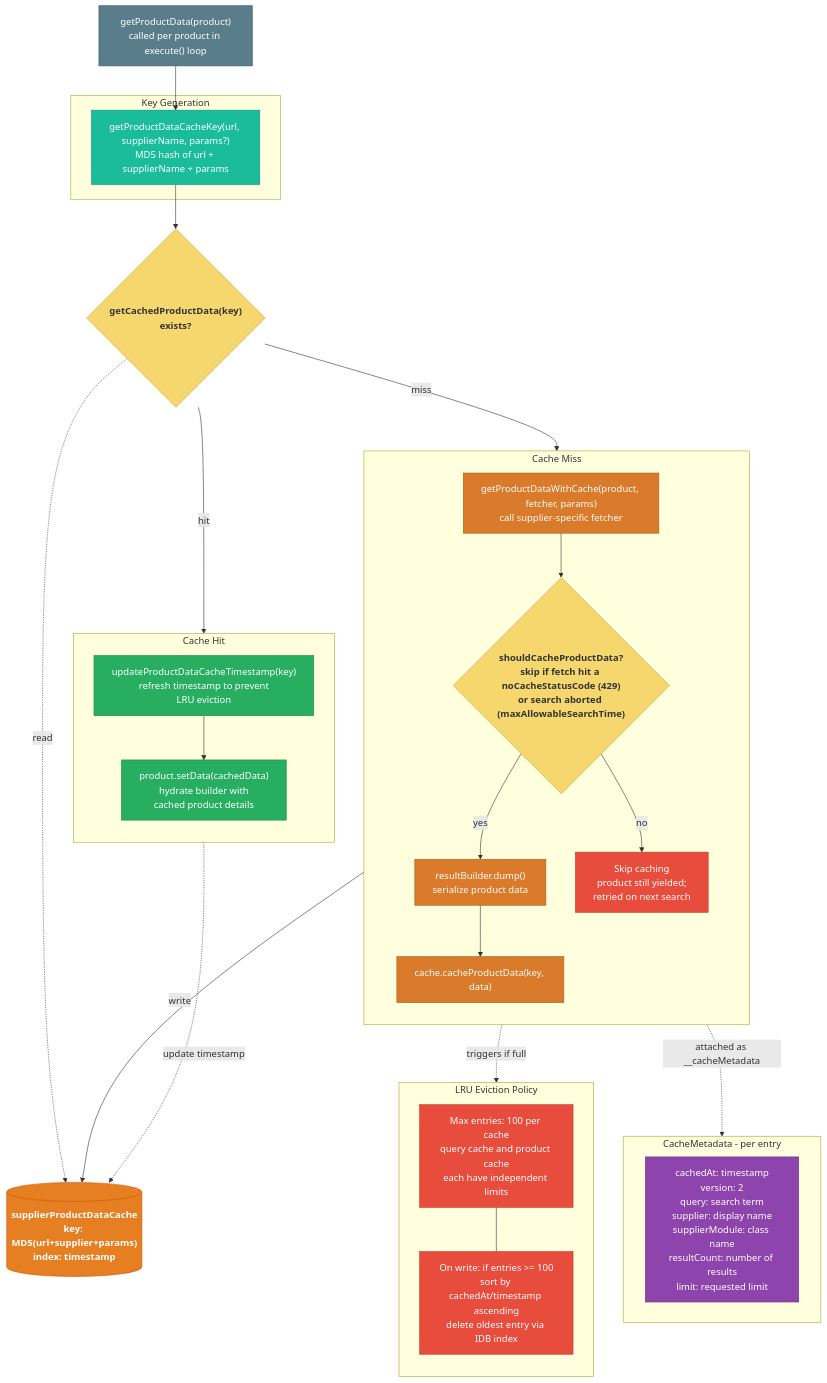
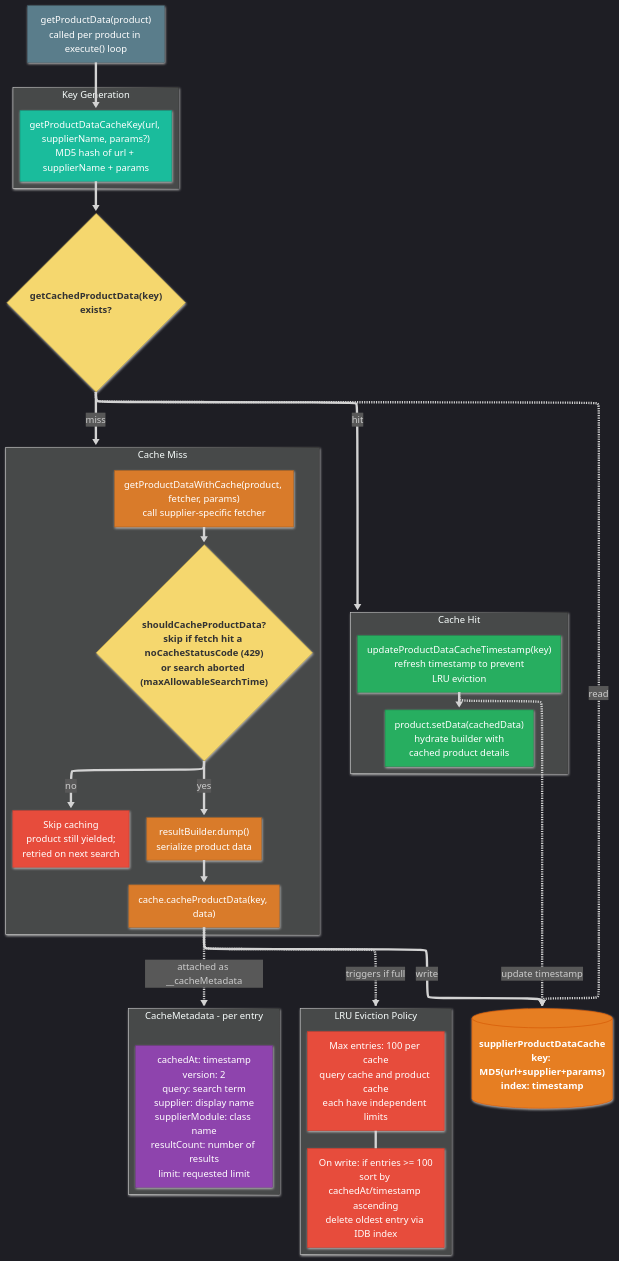
One commit to jhyland87/chem-pal changed the third of 4 diagrams in pages/diagrams/search-cache-flow.md. Above: the diagram before and after it, drawn with Mermaid. The commit also changed other lines of this file and 3 other files, not shown here.

````diff
--- a/pages/diagrams/search-cache-flow.md
+++ b/pages/diagrams/search-cache-flow.md
@@ -132,5 +152,19 @@
 ```mermaid
+---
+config:
+  layout: elk
+  htmlLabels: true
+  markdownAutoWrap: true
+  look: neo
+  theme: dark
+  elk:
+    mergeEdges: true
+    nodePlacementStrategy: BRANDES_KOEPF
+  flowchart:
+    curve: basis
+---
 flowchart TB
+linkStyle default stroke-width:4px;
 classDef init fill:#4A90D9,stroke:#2C5F8A,color:#fff,font-weight:bold
 classDef idb fill:#E67E22,stroke:#D35400,color:#fff,font-weight:bold
 classDef cacheFlow fill:#5A7D8B,stroke:#3E5A66,color:#fff
````
